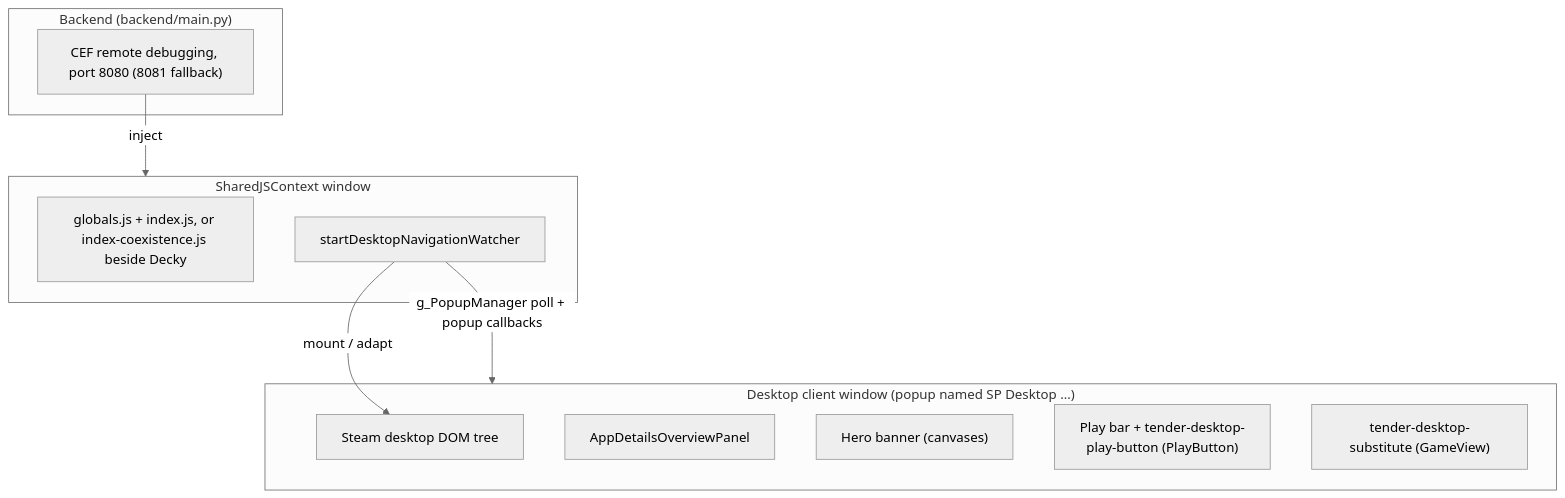
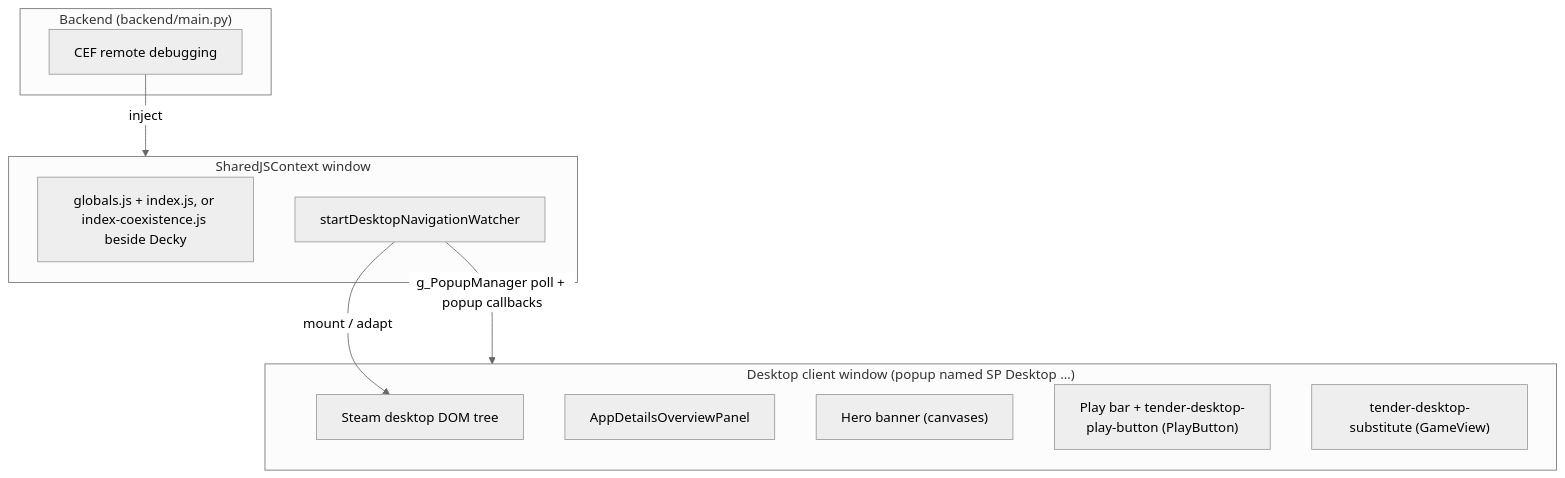
One commit to cupajoe24/romm-tender changed the first of 2 diagrams in docs/architecture/desktop-dom-architecture.md. Above: the diagram before and after it, drawn with Mermaid (neutral theme). The commit also changed 6 other files, not shown here.

````diff
--- a/docs/architecture/desktop-dom-architecture.md
+++ b/docs/architecture/desktop-dom-architecture.md
@@ -17,23 +17,23 @@
 ```mermaid
 flowchart TD
     subgraph Daemon ["Backend (backend/main.py)"]
-        CEF["CEF remote debugging, port 8080 (8081 fallback)"]
+        CEF["CEF remote debugging"]
     end
 
     subgraph SharedContext ["SharedJSContext window"]
         Panel["globals.js + index.js, or index-coexistence.js beside Decky"]
         DeskSupervisor["startDesktopNavigationWatcher"]
     end
 
     subgraph DesktopWindow ["Desktop client window (popup named SP Desktop …)"]
         SteamDOM["Steam desktop DOM tree"]
         OverviewPanel["AppDetailsOverviewPanel"]
         HeroBanner["Hero banner (canvases)"]
         InPagePlayBar["Play bar + tender-desktop-play-button (PlayButton)"]
         Substitute["tender-desktop-substitute (GameView)"]
     end
 
     CEF -->|"inject"| SharedContext
     DeskSupervisor -->|"g_PopupManager poll + popup callbacks"| DesktopWindow
     DeskSupervisor -->|"mount / adapt"| SteamDOM
 ```
````
